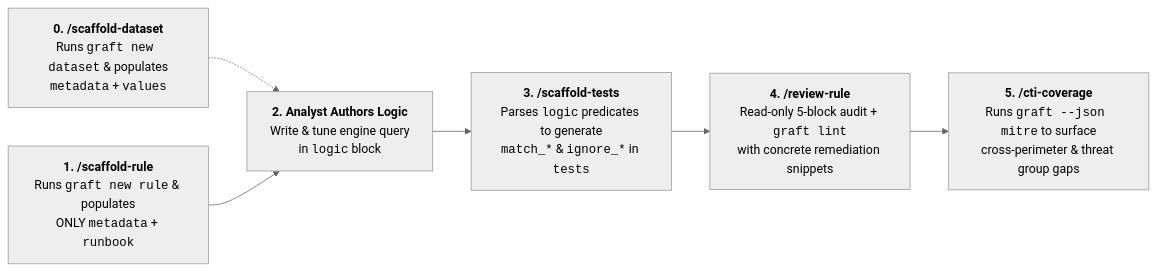
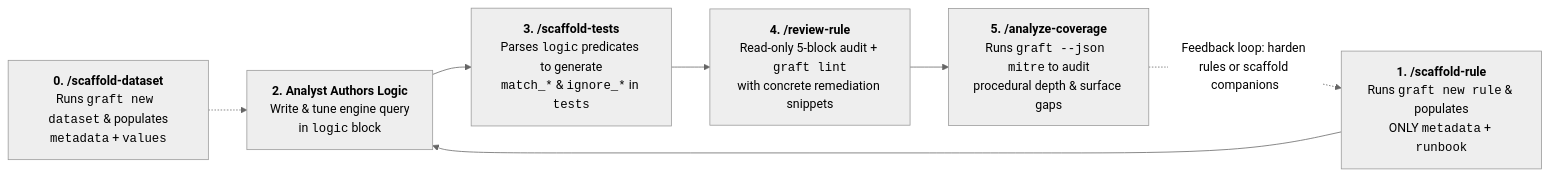
The third of 5 diagrams in docs/analysts/rule_authoring.md (lopes/graft), drawn with Mermaid (neutral theme) before and after one commit. The commit also changed other lines of this file and 14 other files, not shown here.

First line of the commit message:
mitre,docs,skills: enforce strict gap roll-ups, add --infer-scope, and frame TTP coverage (#44)

````diff
--- a/docs/analysts/rule_authoring.md
+++ b/docs/analysts/rule_authoring.md
@@ -323,12 +323,13 @@
 ```mermaid
 flowchart LR
     S0["<b>0. /scaffold-dataset</b><br/>Runs <code>graft new dataset</code> &amp; populates<br/><code>metadata</code> + <code>values</code>"]
     S1["<b>1. /scaffold-rule</b><br/>Runs <code>graft new rule</code> &amp; populates<br/>ONLY <code>metadata</code> + <code>runbook</code>"]
     LOGIC["<b>2. Analyst Authors Logic</b><br/>Write &amp; tune engine query<br/>in <code>logic</code> block"]
     S2["<b>3. /scaffold-tests</b><br/>Parses <code>logic</code> predicates to generate<br/><code>match_*</code> &amp; <code>ignore_*</code> in <code>tests</code>"]
     S3["<b>4. /review-rule</b><br/>Read-only 5-block audit + <code>graft lint</code><br/>with concrete remediation snippets"]
-    S4["<b>5. /cti-coverage</b><br/>Runs <code>graft --json mitre</code> to surface<br/>cross-perimeter &amp; threat group gaps"]
+    S4["<b>5. /analyze-coverage</b><br/>Runs <code>graft --json mitre</code> to audit<br/>procedural depth &amp; surface gaps"]
 
     S0 -.-> LOGIC
     S1 --> LOGIC --> S2 --> S3 --> S4
+    S4 -.->|"Feedback loop: harden rules or scaffold companions"| S1
 ```
````
